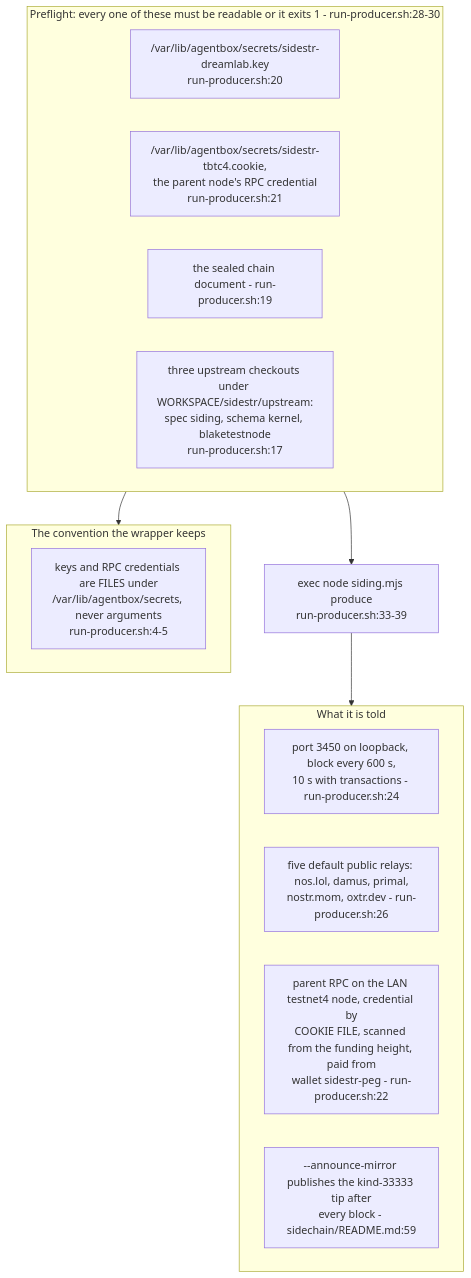
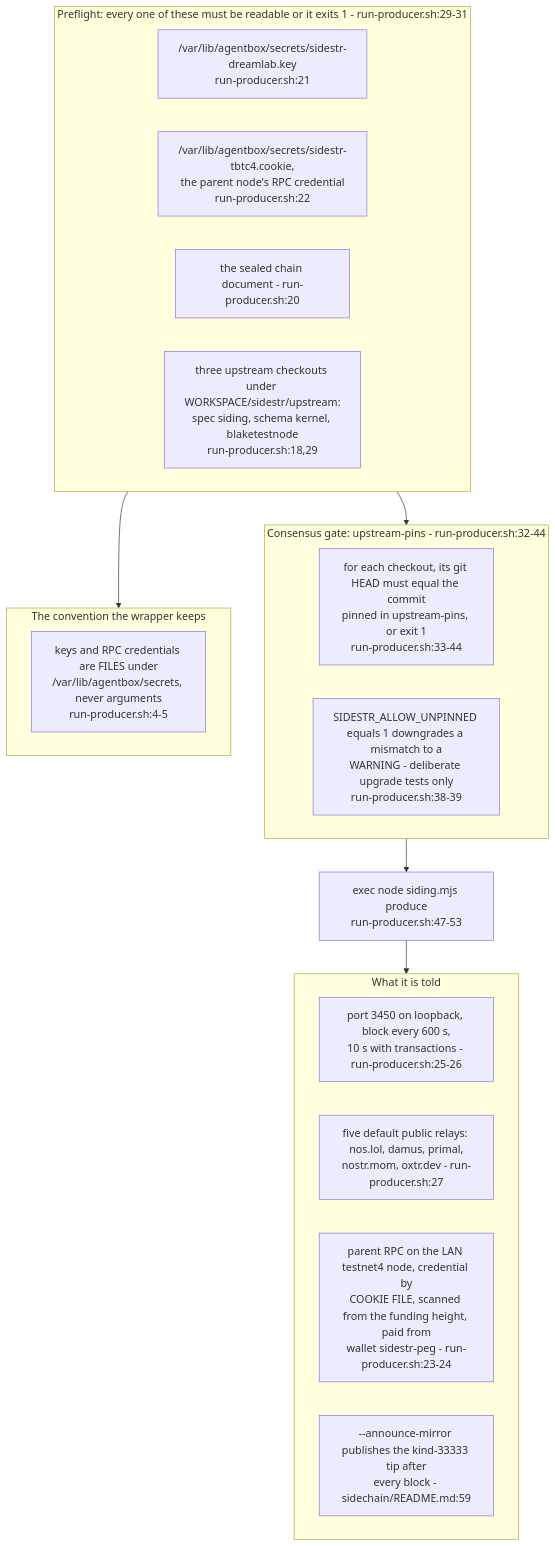
The first of 5 diagrams in docs/diagrams/agentbox/34-sidestr-interim-producer-and-mirror.md (DreamLab-AI/VisionFlow), drawn with Mermaid before and after one commit. The commit also changed other lines of this file and 136 other files, not shown here.

First line of the commit message:
docs(diagrams): refresh the whole corpus to code HEAD and prune low-value diagrams

````diff
--- a/docs/diagrams/agentbox/34-sidestr-interim-producer-and-mirror.md
+++ b/docs/diagrams/agentbox/34-sidestr-interim-producer-and-mirror.md
@@ -37,21 +34,26 @@
 ```mermaid
 flowchart TB
-    subgraph pre["Preflight: every one of these must be readable or it exits 1 - run-producer.sh:28-30"]
-        P1["/var/lib/agentbox/secrets/sidestr-dreamlab.key<br/>run-producer.sh:20"]
-        P2["/var/lib/agentbox/secrets/sidestr-tbtc4.cookie,<br/>the parent node's RPC credential<br/>run-producer.sh:21"]
-        P3["the sealed chain document - run-producer.sh:19"]
-        P4["three upstream checkouts under WORKSPACE/sidestr/upstream:<br/>spec siding, schema kernel, blaketestnode<br/>run-producer.sh:17"]
+    subgraph pre["Preflight: every one of these must be readable or it exits 1 - run-producer.sh:29-31"]
+        P1["/var/lib/agentbox/secrets/sidestr-dreamlab.key<br/>run-producer.sh:21"]
+        P2["/var/lib/agentbox/secrets/sidestr-tbtc4.cookie,<br/>the parent node's RPC credential<br/>run-producer.sh:22"]
+        P3["the sealed chain document - run-producer.sh:20"]
+        P4["three upstream checkouts under WORKSPACE/sidestr/upstream:<br/>spec siding, schema kernel, blaketestnode<br/>run-producer.sh:18,29"]
     end
-    pre --> EXEC["exec node siding.mjs produce<br/>run-producer.sh:33-39"]
+    subgraph pins["Consensus gate: upstream-pins - run-producer.sh:32-44"]
+        G1["for each checkout, its git HEAD must equal the commit<br/>pinned in upstream-pins, or exit 1<br/>run-producer.sh:33-44"]
+        G2["SIDESTR_ALLOW_UNPINNED equals 1 downgrades a mismatch to a<br/>WARNING - deliberate upgrade tests only<br/>run-producer.sh:38-39"]
+    end
+    pre --> pins
+    pins --> EXEC["exec node siding.mjs produce<br/>run-producer.sh:47-53"]
     subgraph args["What it is told"]
-        A1["port 3450 on loopback, block every 600 s,<br/>10 s with transactions - run-producer.sh:24"]
-        A2["five default public relays: nos.lol, damus, primal,<br/>nostr.mom, oxtr.dev - run-producer.sh:26"]
-        A3["parent RPC on the LAN testnet4 node, credential by<br/>COOKIE FILE, scanned from the funding height, paid from<br/>wallet sidestr-peg - run-producer.sh:22"]
+        A1["port 3450 on loopback, block every 600 s,<br/>10 s with transactions - run-producer.sh:25-26"]
+        A2["five default public relays: nos.lol, damus, primal,<br/>nostr.mom, oxtr.dev - run-producer.sh:27"]
+        A3["parent RPC on the LAN testnet4 node, credential by<br/>COOKIE FILE, scanned from the funding height, paid from<br/>wallet sidestr-peg - run-producer.sh:23-24"]
         A4["--announce-mirror publishes the kind-33333 tip after<br/>every block - sidechain/README.md:59"]
     end
     EXEC --> args
     subgraph rule["The convention the wrapper keeps"]
         R["keys and RPC credentials are FILES under<br/>/var/lib/agentbox/secrets, never arguments<br/>run-producer.sh:4-5"]
     end
     pre --> rule
 ```
````
